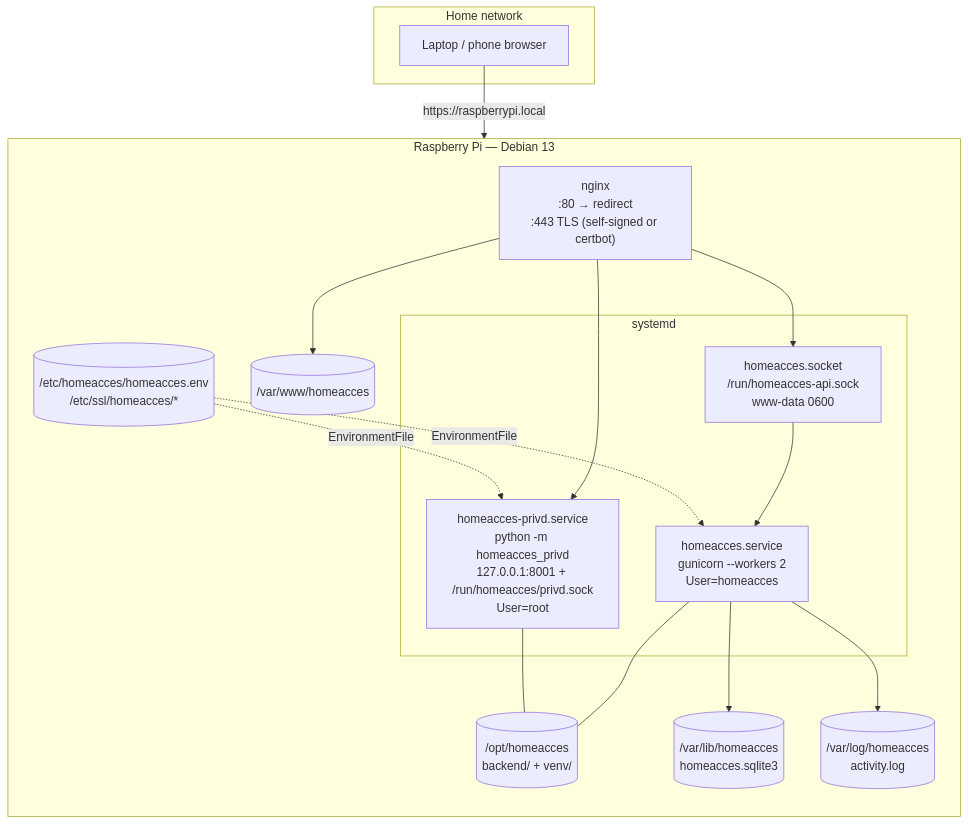
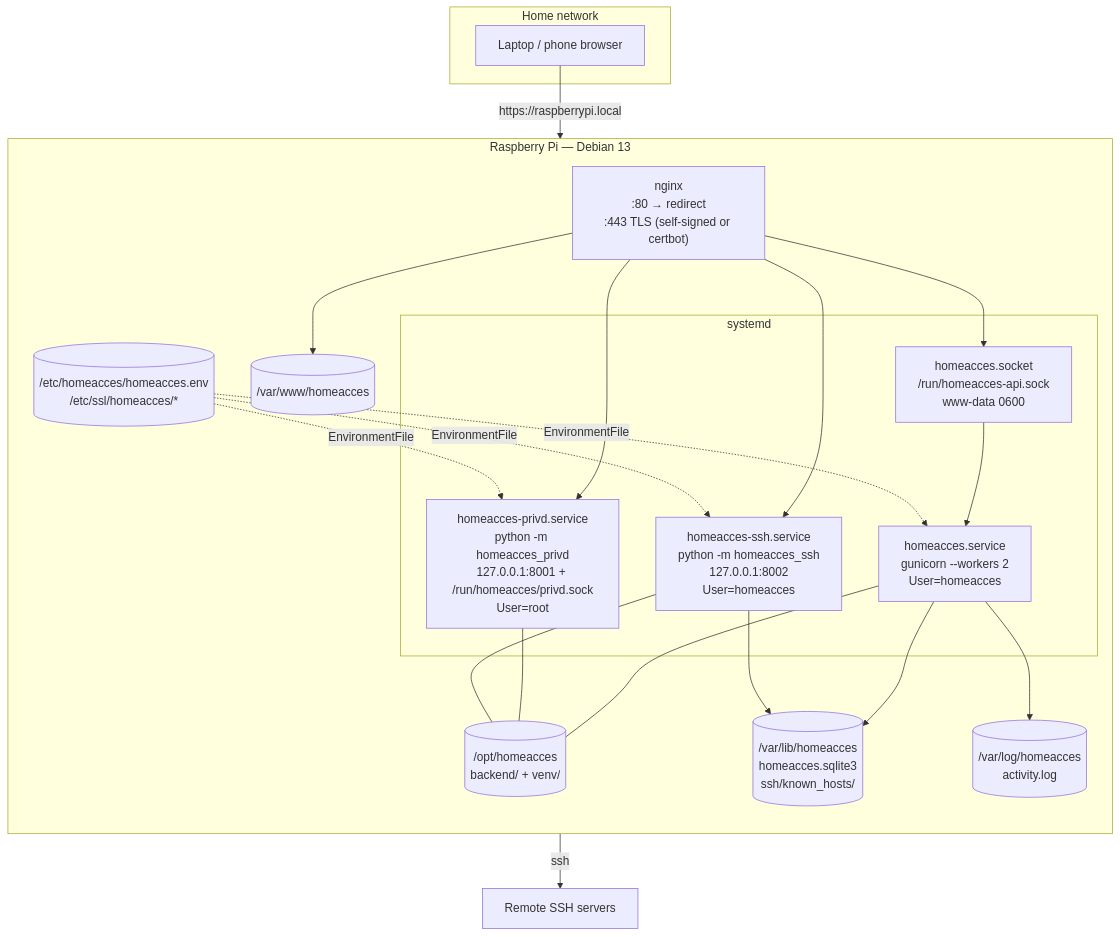
Before and after one commit to juanecito/Home_Access_Web: the first of 6 diagrams in doc/06-deployment.md, drawn with Mermaid. The commit also changed other lines of this file and 40 other files, not shown here.

````diff
--- a/doc/06-deployment.md
+++ b/doc/06-deployment.md
@@ -25,29 +26,35 @@
 ```mermaid
 flowchart TB
     subgraph LAN["Home network"]
         PC["Laptop / phone browser"]
     end
     subgraph Pi["Raspberry Pi — Debian 13"]
         direction TB
         NGINX["nginx<br/>:80 → redirect<br/>:443 TLS (self-signed or certbot)"]
         subgraph sd["systemd"]
             SOCK["homeacces.socket<br/>/run/homeacces-api.sock<br/>www-data 0600"]
             API["homeacces.service<br/>gunicorn --workers 2<br/>User=homeacces"]
             PRIV["homeacces-privd.service<br/>python -m homeacces_privd<br/>127.0.0.1:8001 + /run/homeacces/privd.sock<br/>User=root"]
+            SSHD["homeacces-ssh.service<br/>python -m homeacces_ssh<br/>127.0.0.1:8002<br/>User=homeacces"]
         end
         WWW[("/var/www/homeacces")]
         OPT[("/opt/homeacces<br/>backend/ + venv/")]
-        VAR[("/var/lib/homeacces<br/>homeacces.sqlite3")]
+        VAR[("/var/lib/homeacces<br/>homeacces.sqlite3<br/>ssh/known_hosts/")]
         LOGD[("/var/log/homeacces<br/>activity.log")]
         ETC[("/etc/homeacces/homeacces.env<br/>/etc/ssl/homeacces/*")]
     end
+    RS["Remote SSH servers"]
     PC -- "https://raspberrypi.local" --> NGINX
     NGINX --> WWW
     NGINX --> SOCK --> API
     NGINX --> PRIV
+    NGINX --> SSHD
     API --- OPT
     PRIV --- OPT
+    SSHD --- OPT
     API --> VAR
+    SSHD --> VAR
+    SSHD -- "ssh" --> RS
     API --> LOGD
-    ETC -. EnvironmentFile .-> API & PRIV
+    ETC -. EnvironmentFile .-> API & PRIV & SSHD
 ```
````
